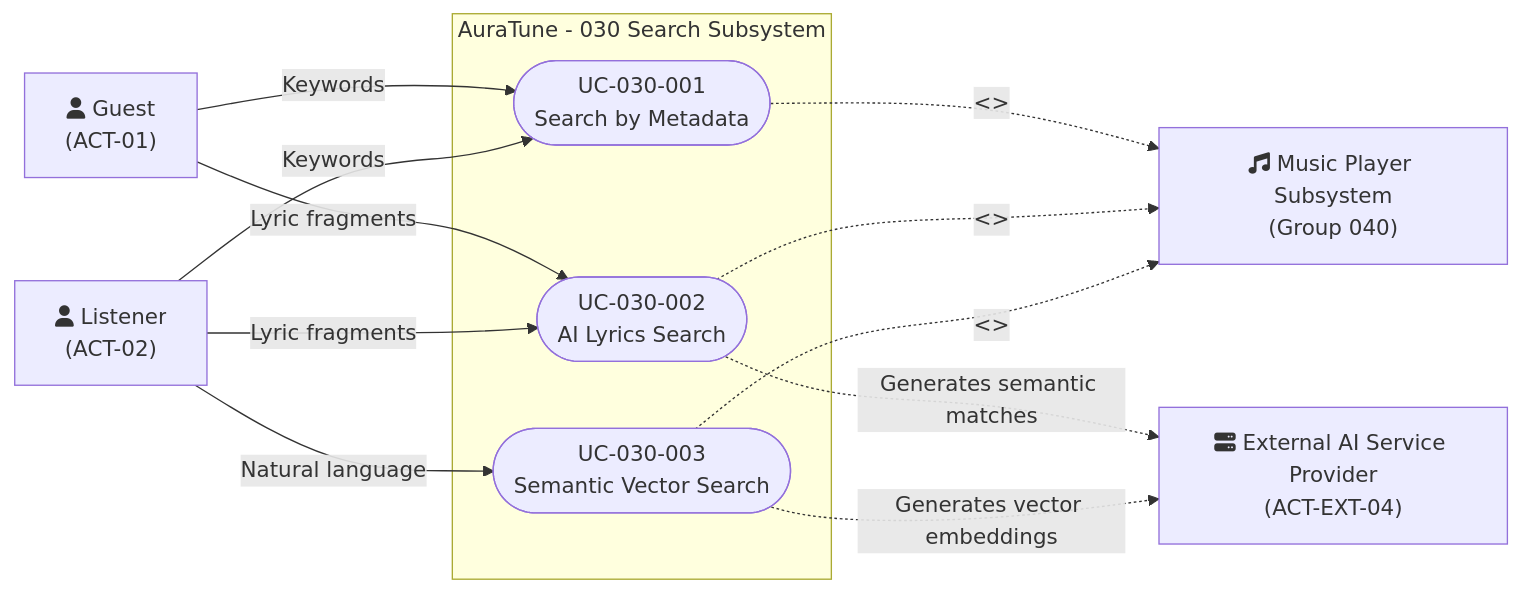
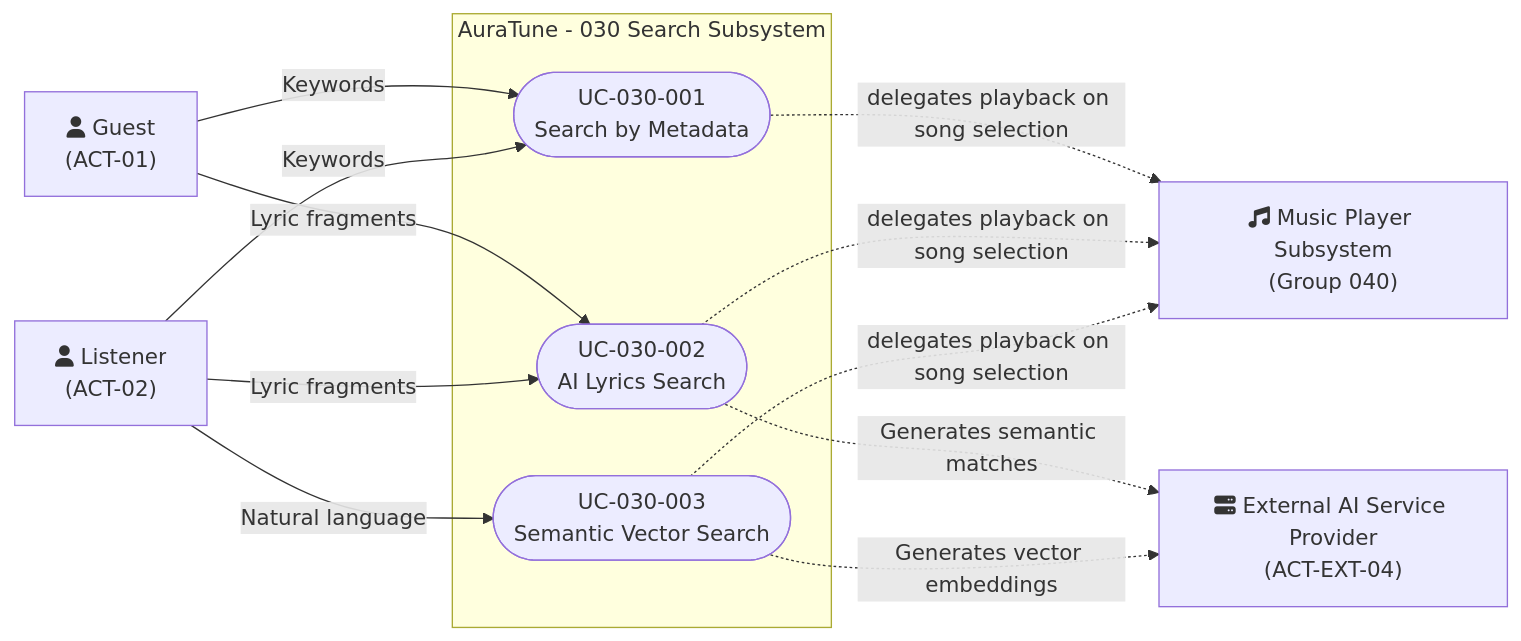
The diagram in docs/requirements/use-cases/030-search/README.md (lecongminhnhut/AuraTune_G10), drawn with Mermaid before and after one commit. The commit also changed other lines of this file and 11 other files, not shown here.

````diff
--- a/docs/requirements/use-cases/030-search/README.md
+++ b/docs/requirements/use-cases/030-search/README.md
@@ -78,31 +78,31 @@
 ```mermaid
 flowchart LR
     %% Actors
     Guest["fa:fa-user Guest<br>(ACT-01)"]
     Listener["fa:fa-user Listener<br>(ACT-02)"]
     Player["fa:fa-music Music Player Subsystem<br>(Group 040)"]
     AIService["fa:fa-server External AI Service Provider<br>(ACT-EXT-04)"]
 
     %% System Boundary
     subgraph G030["AuraTune - 030 Search Subsystem"]
         UC030_1(["UC-030-001<br>Search by Metadata"])
         UC030_2(["UC-030-002<br>AI Lyrics Search"])
         UC030_3(["UC-030-003<br>Semantic Vector Search"])
     end
 
     %% Human Actor Associations
     Guest -->|Keywords| UC030_1
     Guest -->|Lyric fragments| UC030_2
     Listener -->|Keywords| UC030_1
     Listener -->|Lyric fragments| UC030_2
     Listener -->|Natural language| UC030_3
 
     %% External System Associations
     UC030_2 -.->|Generates semantic matches| AIService
     UC030_3 -.->|Generates vector embeddings| AIService
 
-    %% Inter-group delegations
-    UC030_1 -.->|<<include>>| Player
-    UC030_2 -.->|<<include>>| Player
-    UC030_3 -.->|<<include>>| Player
+    %% Optional delegation when a user selects a playable song
+    UC030_1 -.->|delegates playback on song selection| Player
+    UC030_2 -.->|delegates playback on song selection| Player
+    UC030_3 -.->|delegates playback on song selection| Player
 ```
````
